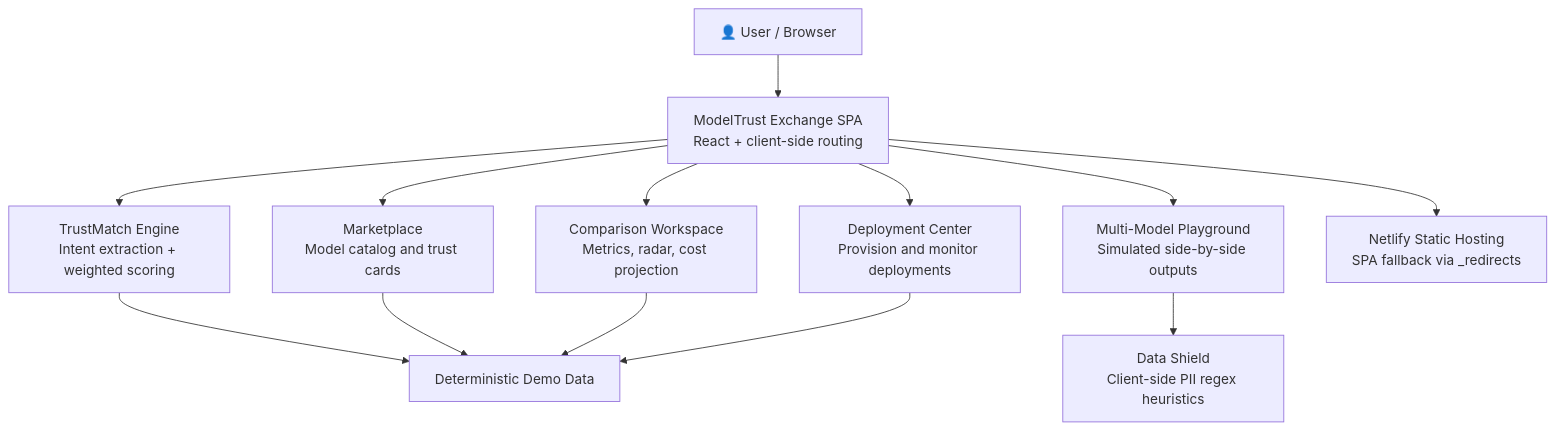
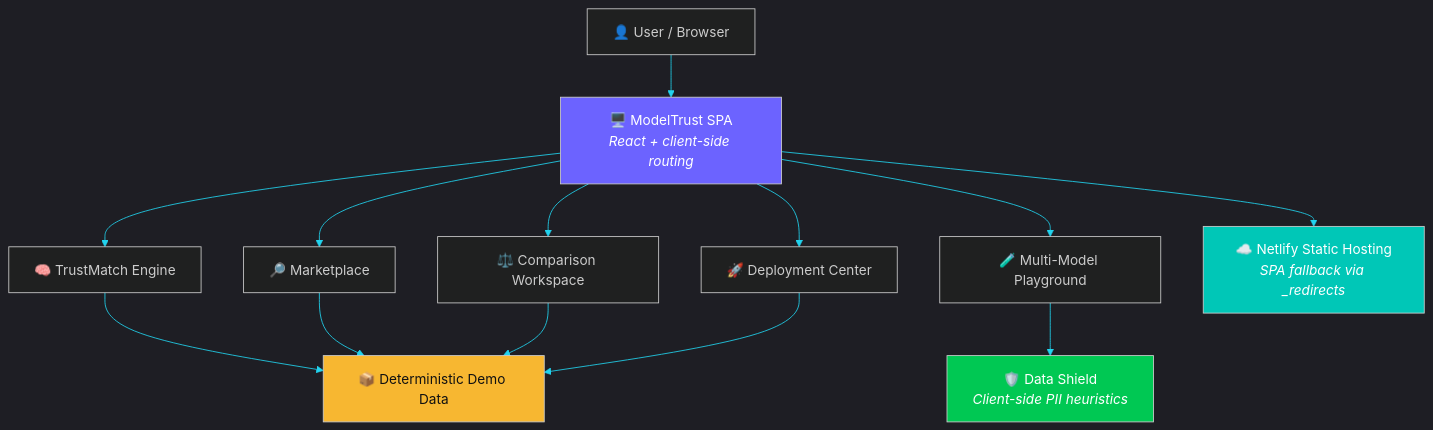
One commit to Jeevandeep2/modeltrust-exchange changed the second of 2 diagrams in README.md. Above: the diagram before and after it, drawn with Mermaid. The commit also changed other lines of this file, not shown here.

````diff
--- a/README.md
+++ b/README.md
@@ -215,15 +249,17 @@
 ```mermaid
+%%{init: {'theme':'dark', 'themeVariables': { 'primaryColor':'#6C63FF', 'lineColor':'#22D3EE'}}}%%
 flowchart TD
-    U["👤 User / Browser"] --> SPA["ModelTrust Exchange SPA<br/>React + client-side routing"]
-    SPA --> TM["TrustMatch Engine<br/>Intent extraction + weighted scoring"]
-    SPA --> MK["Marketplace<br/>Model catalog and trust cards"]
-    SPA --> CP["Comparison Workspace<br/>Metrics, radar, cost projection"]
-    SPA --> PG["Multi-Model Playground<br/>Simulated side-by-side outputs"]
-    SPA --> DC["Deployment Center<br/>Provision and monitor deployments"]
-    PG --> DS["Data Shield<br/>Client-side PII regex heuristics"]
-    TM --> DM["Deterministic Demo Data"]
-    MK --> DM
-    CP --> DM
-    DC --> DM
-    SPA --> NETLIFY["Netlify Static Hosting<br/>SPA fallback via _redirects"]
+    U["👤 User / Browser"] --> SPA["🖥️ ModelTrust SPA<br/><i>React + client-side routing</i>"]
+    SPA --> TM["🧠 TrustMatch Engine"]
+    SPA --> MK["🔎 Marketplace"]
+    SPA --> CP["⚖️ Comparison Workspace"]
+    SPA --> PG["🧪 Multi-Model Playground"]
+    SPA --> DC["🚀 Deployment Center"]
+    PG --> DS["🛡️ Data Shield<br/><i>Client-side PII heuristics</i>"]
+    TM & MK & CP & DC --> DM["📦 Deterministic Demo Data"]
+    SPA --> NL["☁️ Netlify Static Hosting<br/><i>SPA fallback via _redirects</i>"]
+    style SPA fill:#6C63FF,color:#fff
+    style DS fill:#00C853,color:#fff
+    style DM fill:#F7B731,color:#111
+    style NL fill:#00C7B7,color:#fff
 ```
````
